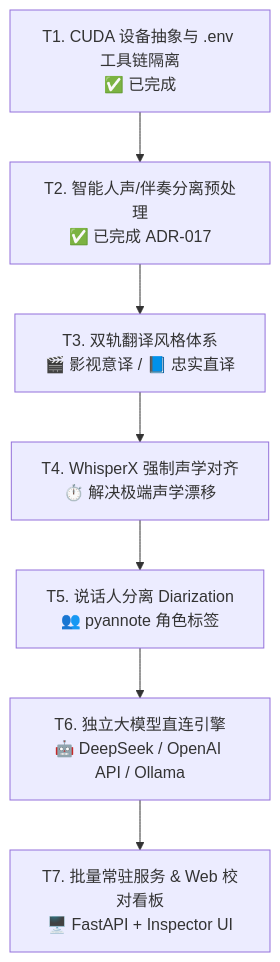
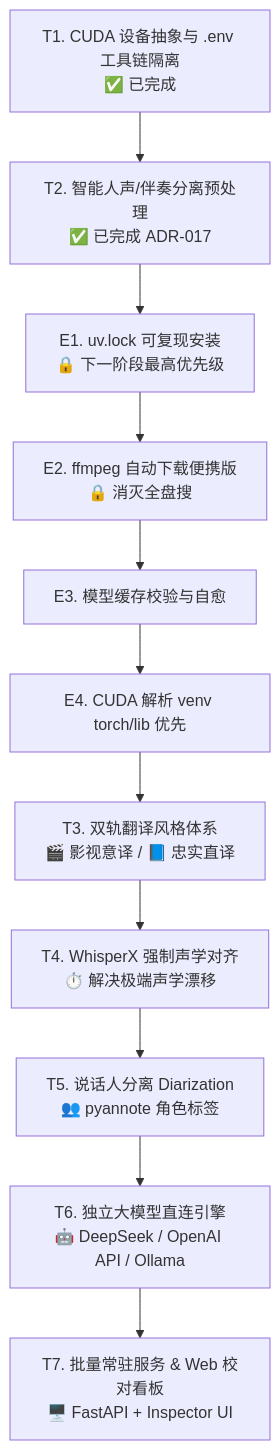
Before and after one commit to brosnan2800/video-translate: the diagram in MAJOR_VERSION_PLAN.md, drawn with Mermaid. The commit also changed other lines of this file and 4 other files, not shown here.

````diff
--- a/MAJOR_VERSION_PLAN.md
+++ b/MAJOR_VERSION_PLAN.md
@@ -39,9 +42,13 @@
 ```mermaid
 flowchart TD
     T1[T1. CUDA 设备抽象与 .env 工具链隔离<br/>✅ 已完成] --> T2[T2. 智能人声/伴奏分离预处理<br/>✅ 已完成 ADR-017]
-    T2 --> T3[T3. 双轨翻译风格体系<br/>🎬 影视意译 / 📘 忠实直译]
+    T2 --> E1[E1. uv.lock 可复现安装<br/>🔒 下一阶段最高优先级]
+    E1 --> E2[E2. ffmpeg 自动下载便携版<br/>🔒 消灭全盘搜]
+    E2 --> E3[E3. 模型缓存校验与自愈]
+    E3 --> E4[E4. CUDA 解析 venv torch/lib 优先]
+    E4 --> T3[T3. 双轨翻译风格体系<br/>🎬 影视意译 / 📘 忠实直译]
     T3 --> T4[T4. WhisperX 强制声学对齐<br/>⏱️ 解决极端声学漂移]
     T4 --> T5[T5. 说话人分离 Diarization<br/>👥 pyannote 角色标签]
     T5 --> T6[T6. 独立大模型直连引擎<br/>🤖 DeepSeek / OpenAI API / Ollama]
     T6 --> T7[T7. 批量常驻服务 & Web 校对看板<br/>🖥️ FastAPI + Inspector UI]
 ```
````
